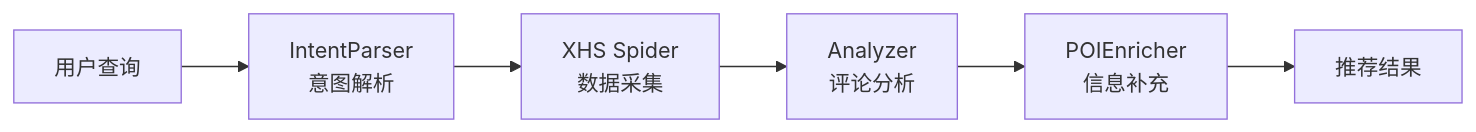
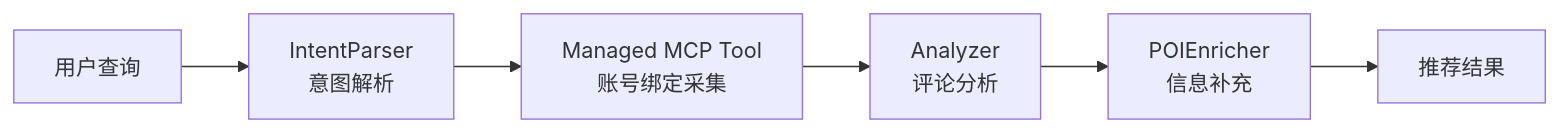
The diagram in README.md (MARYCOMPLEX/food_agent), drawn with Mermaid before and after one commit. The commit also changed other lines of this file and 217 other files, not shown here.

First line of the commit message:
refactor(agent): centralize managed MCP tool orchestration

````diff
--- a/README.md
+++ b/README.md
@@ -174,8 +174,8 @@
 ```mermaid
 flowchart LR
     A[用户查询] --> B[IntentParser<br/>意图解析]
-    B --> C[XHS Spider<br/>数据采集]
+    B --> C[Managed MCP Tool<br/>账号绑定采集]
     C --> D[Analyzer<br/>评论分析]
     D --> E[POIEnricher<br/>信息补充]
     E --> F[推荐结果]
 ```
````
